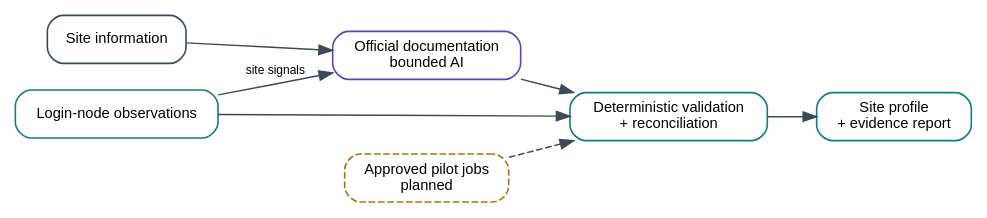
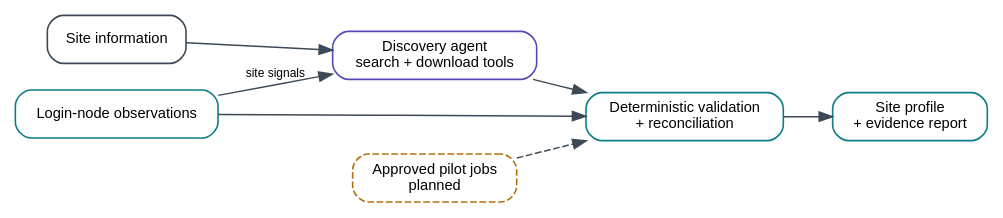
Before and after one commit to floability/hpc-site-preflight: the diagram in docs/figures/construct.dot, drawn with Graphviz. The commit also changed 30 other files, not shown here.

```diff
--- a/docs/figures/construct.dot
+++ b/docs/figures/construct.dot
@@ -1,22 +1,22 @@
-// High-level site-profile construction. Reviewed 2026-07-20.
+// High-level site-profile construction. Reviewed 2026-07-21.
 digraph construct {
   rankdir=LR;
   bgcolor="white";
   node [shape=box, style="rounded,filled", fontname="Helvetica", fontsize=11,
         fillcolor="white", color="#3D4A56", penwidth=1.2];
   edge [fontname="Helvetica", fontsize=9, color="#3D4A56", penwidth=1.1];
 
   site [label="Site information"];
   measure [label="Login-node observations", color="#0E7C86"];
-  docs [label="Official documentation\nbounded AI", color="#534AB7"];
+  docs [label="Discovery agent\nsearch + download tools", color="#534AB7"];
   pilots [label="Approved pilot jobs\nplanned", color="#B0710E", style="rounded,dashed"];
   construct [label="Deterministic validation\n+ reconciliation", color="#0E7C86"];
   output [label="Site profile\n+ evidence report", color="#0E7C86"];
 
   site -> docs;
   measure -> docs [label="site signals"];
   measure -> construct;
   docs -> construct;
   pilots -> construct [style=dashed];
   construct -> output;
 }
```
